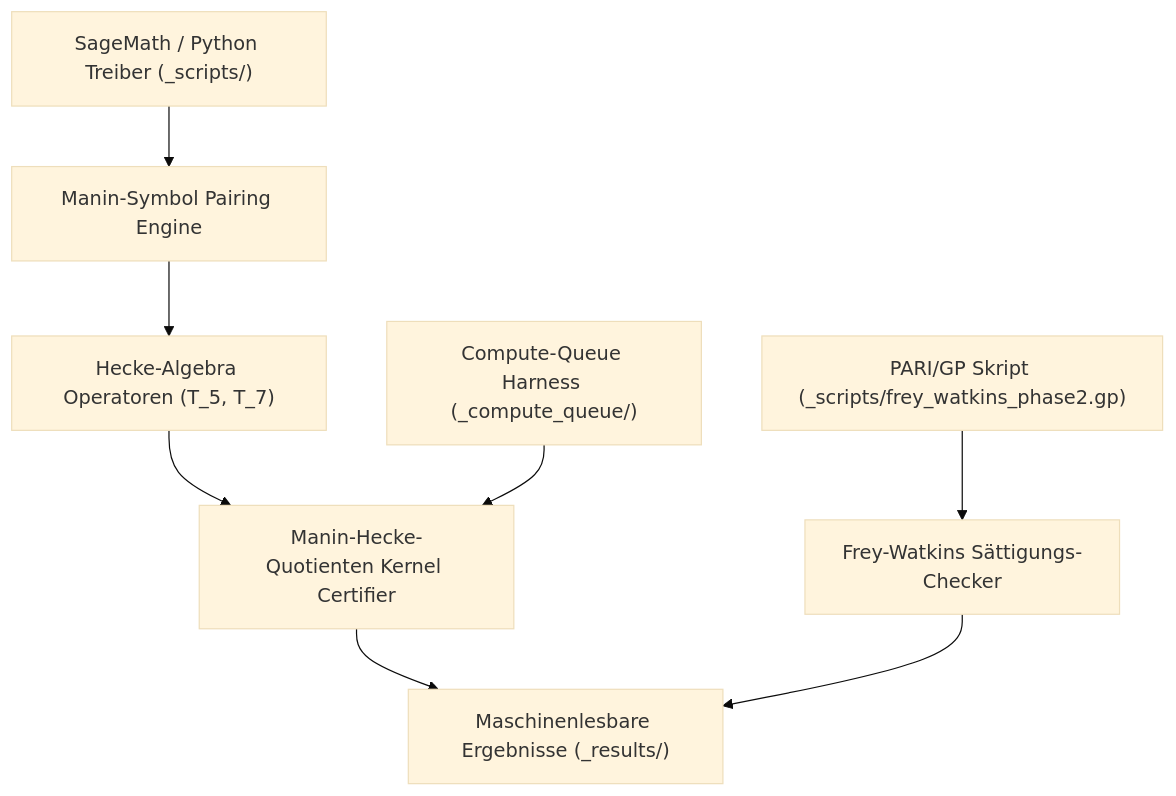
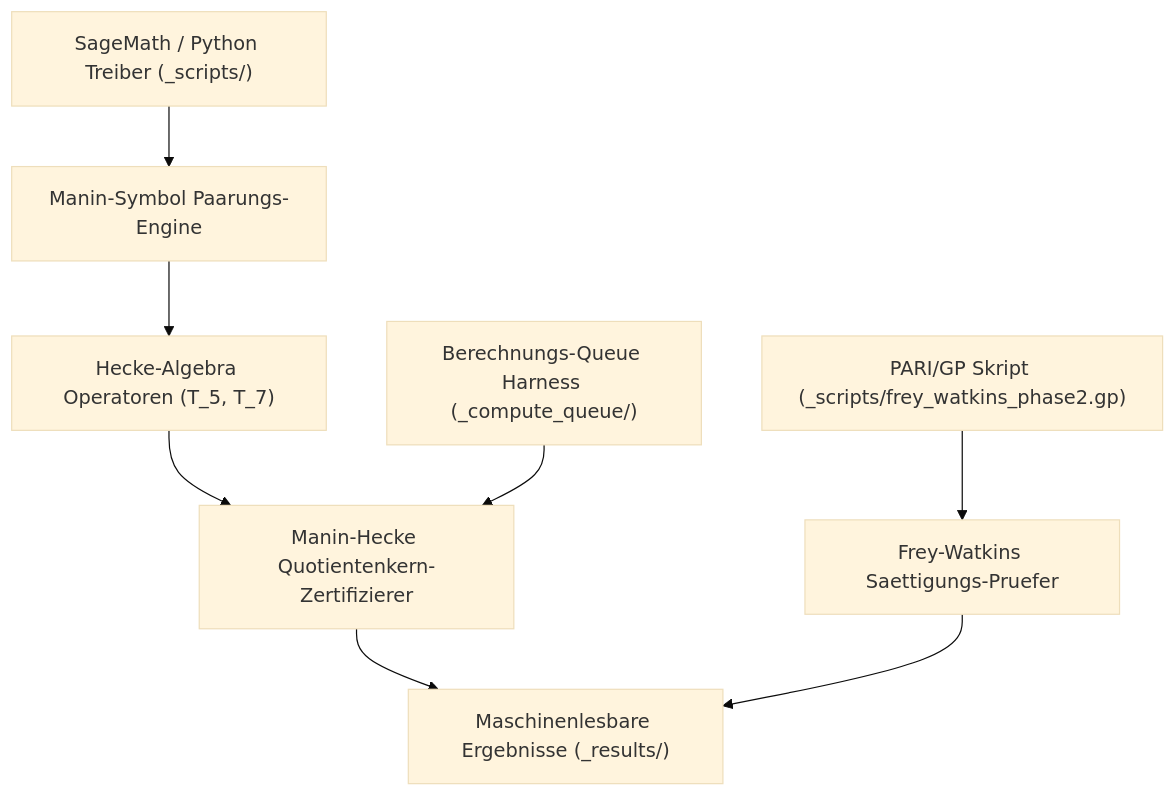
Before and after one commit to research-line/abc-hct: the second of 3 diagrams in README_de.md, drawn with Mermaid (base theme). The commit also changed other lines of this file and 7 other files, not shown here.

Commit message:
feat(marketing): pfad b discoverability, 18-point visual architecture and metadata contract hardening (v0.1.13)

````diff
--- a/README_de.md
+++ b/README_de.md
@@ -82,10 +191,10 @@
 ```mermaid
-graph TD
-    A["SageMath / Python Treiber (_scripts/)"] --> B["Manin-Symbol Pairing Engine"]
+flowchart TD
+    A["SageMath / Python Treiber (_scripts/)"] --> B["Manin-Symbol Paarungs-Engine"]
     B --> C["Hecke-Algebra Operatoren (T_5, T_7)"]
-    C --> D["Manin-Hecke-Quotienten Kernel Certifier"]
+    C --> D["Manin-Hecke Quotientenkern-Zertifizierer"]
     D --> E["Maschinenlesbare Ergebnisse (_results/)"]
-    F["PARI/GP Skript (_scripts/frey_watkins_phase2.gp)"] --> G["Frey-Watkins Sättigungs-Checker"]
+    F["PARI/GP Skript (_scripts/frey_watkins_phase2.gp)"] --> G["Frey-Watkins Saettigungs-Pruefer"]
     G --> E
-    H["Compute-Queue Harness (_compute_queue/)"] --> D
+    H["Berechnungs-Queue Harness (_compute_queue/)"] --> D
 ```
````
